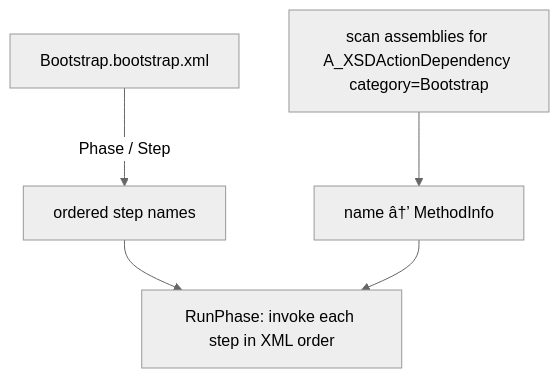
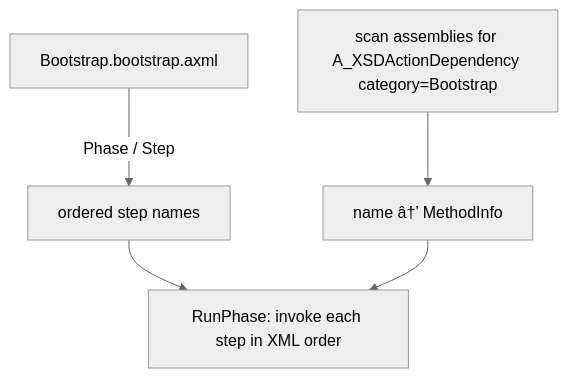
Before and after one commit to NexerG/Project-Aurora: the diagram in DOCUMENTATION/Engine/Systems/Bootstrapper.md, drawn with Mermaid (neutral theme). The commit also changed other lines of this file and 377 other files, not shown here.

First line of the commit message:
Rename Aurora's XML files to .axml and register file types with the OS

````diff
--- a/DOCUMENTATION/Engine/Systems/Bootstrapper.md
+++ b/DOCUMENTATION/Engine/Systems/Bootstrapper.md
@@ -27,7 +27,7 @@
 ```mermaid
 graph TD
-  XML[Bootstrap.bootstrap.xml] -->|Phase / Step| Steps[ordered step names]
+  XML[Bootstrap.bootstrap.axml] -->|Phase / Step| Steps[ordered step names]
   Reflect[scan assemblies for A_XSDActionDependency category=Bootstrap] --> Map[name â†’ MethodInfo]
   Steps --> Run[RunPhase: invoke each step in XML order]
   Map --> Run
 ```
````
